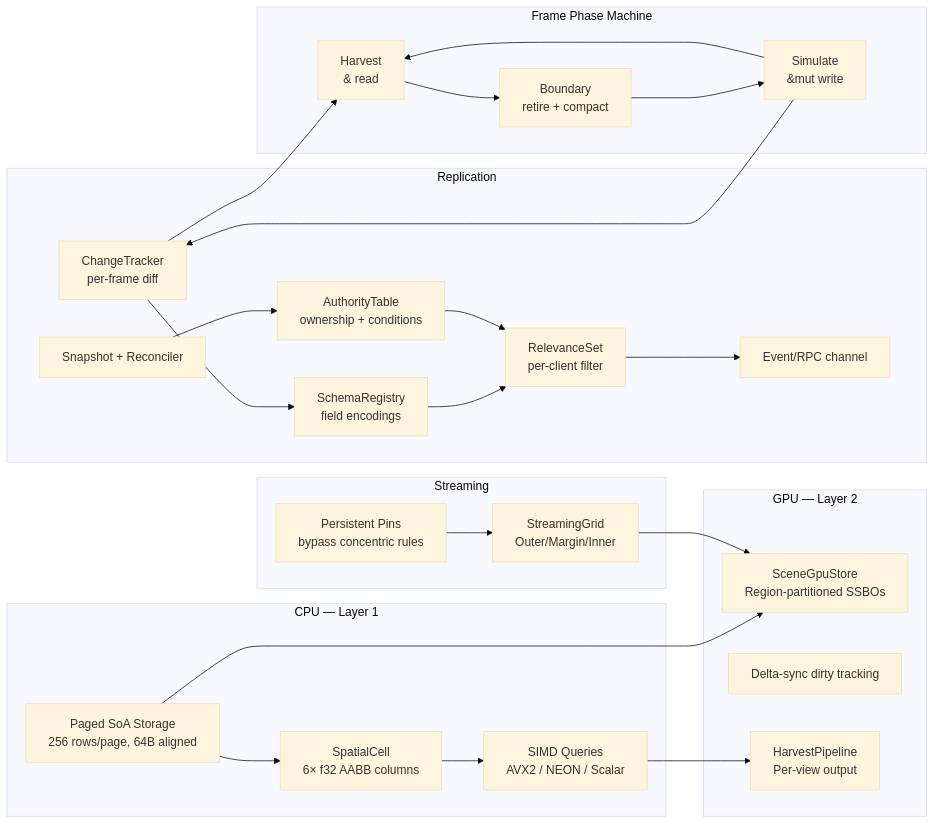
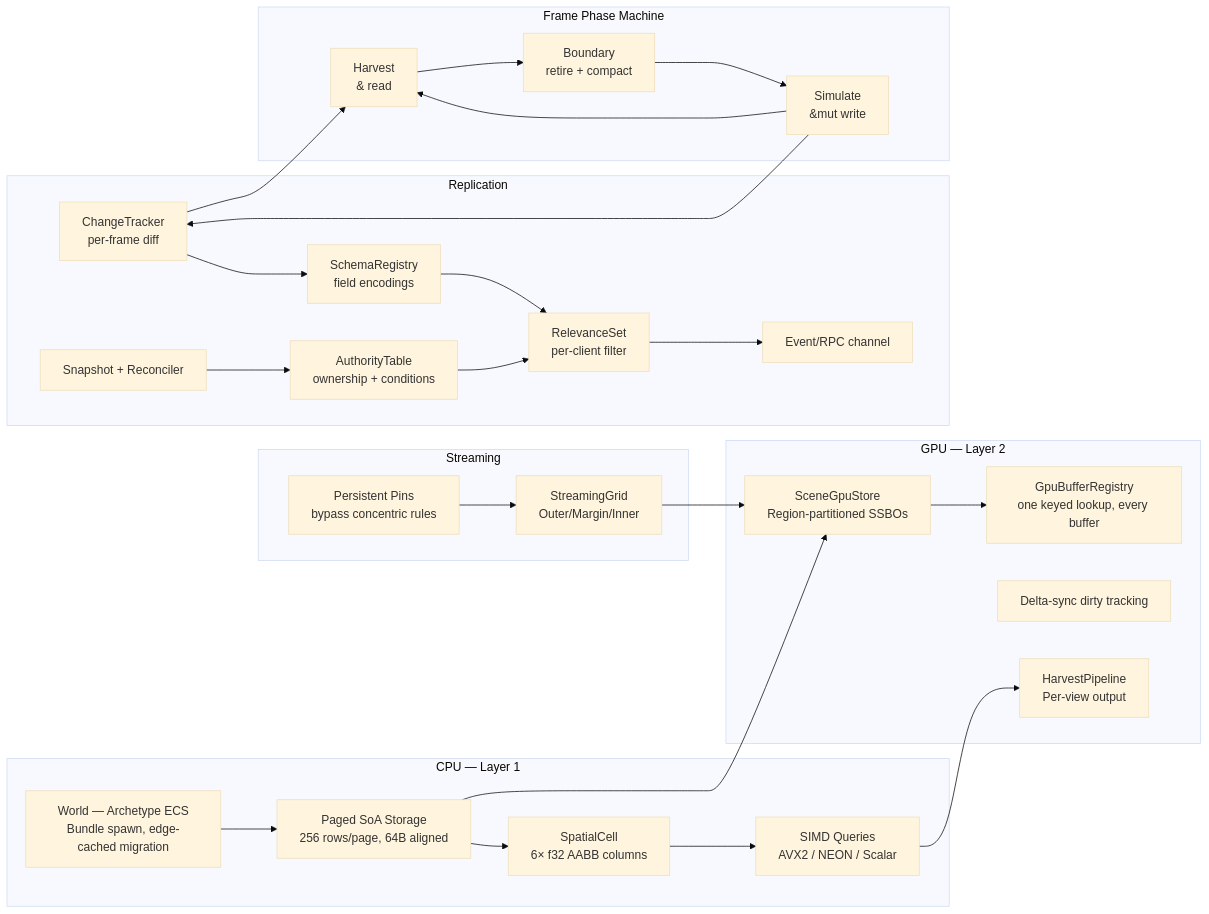
Before and after one commit to Far-Beyond-Pulsar/SceneDB: the first of 2 diagrams in README.md, drawn with Mermaid (base theme). The commit also changed other lines of this file and 37 other files, not shown here.

````diff
--- a/README.md
+++ b/README.md
@@ -13,40 +60,43 @@
 ```mermaid
 flowchart LR
     subgraph CPU[CPU — Layer 1]
         P[Paged SoA Storage<br/>256 rows/page, 64B aligned]
+        W[World — Archetype ECS<br/>Bundle spawn, edge-cached migration]
         S[SpatialCell<br/>6× f32 AABB columns]
         Q[SIMD Queries<br/>AVX2 / NEON / Scalar]
     end
     subgraph STREAM[Streaming]
         G[StreamingGrid<br/>Outer/Margin/Inner]
         PERS[Persistent Pins<br/>bypass concentric rules]
     end
     subgraph GPU[GPU — Layer 2]
+        REG[GpuBufferRegistry<br/>one keyed lookup, every buffer]
         M[SceneGpuStore<br/>Region-partitioned SSBOs]
         D[Delta-sync dirty tracking]
         H[HarvestPipeline<br/>Per-view output]
     end
     subgraph REP[Replication]
         CT[ChangeTracker<br/>per-frame diff]
         SCHEMA[SchemaRegistry<br/>field encodings]
         RS[RelevanceSet<br/>per-client filter]
         AT[AuthorityTable<br/>ownership + conditions]
         EV[Event/RPC channel]
         SNAP[Snapshot + Reconciler]
     end
     subgraph PHASE[Frame Phase Machine]
         SIM[Simulate<br/>&mut write]
         HAR[Harvest<br/>& read]
         B[Boundary<br/>retire + compact]
     end
     P --> S --> Q
+    W --> P
     Q --> H
-    P --> M
+    P --> M --> REG
     G --> M
     PERS --> G
     SIM --> CT --> HAR
     SIM --> HAR --> B --> SIM
     CT --> SCHEMA --> RS --> EV
     AT --> RS
     SNAP --> AT
 ```
````
